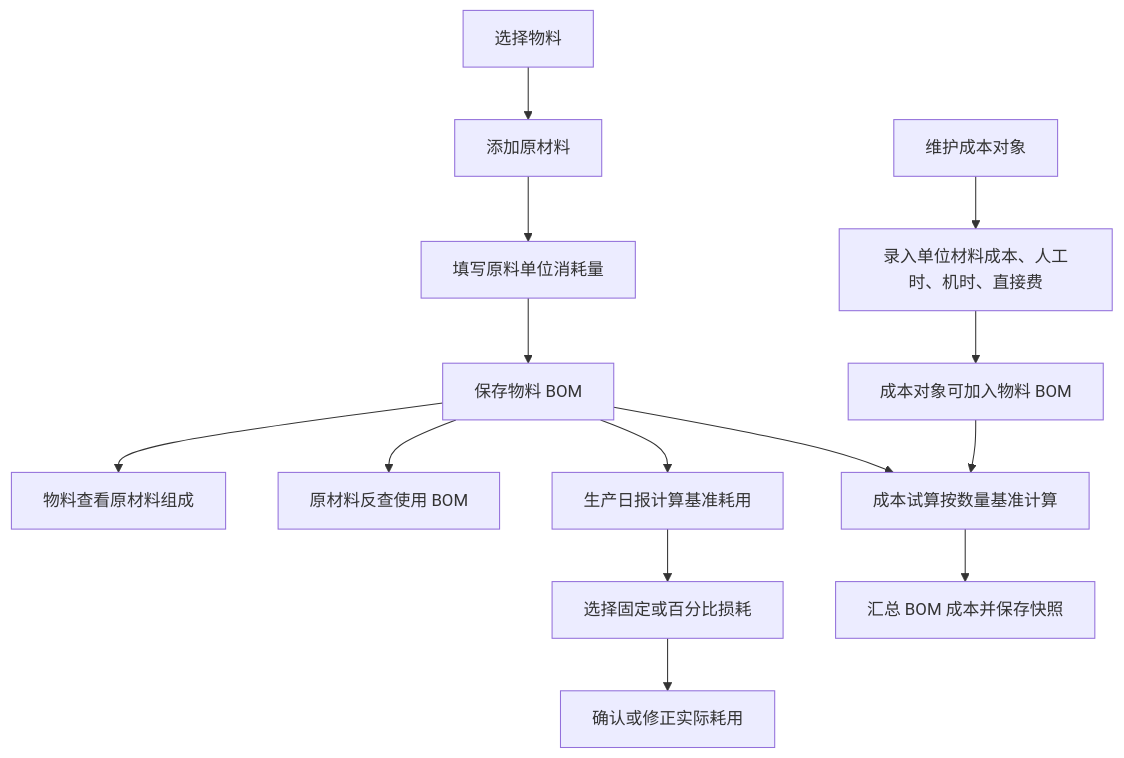
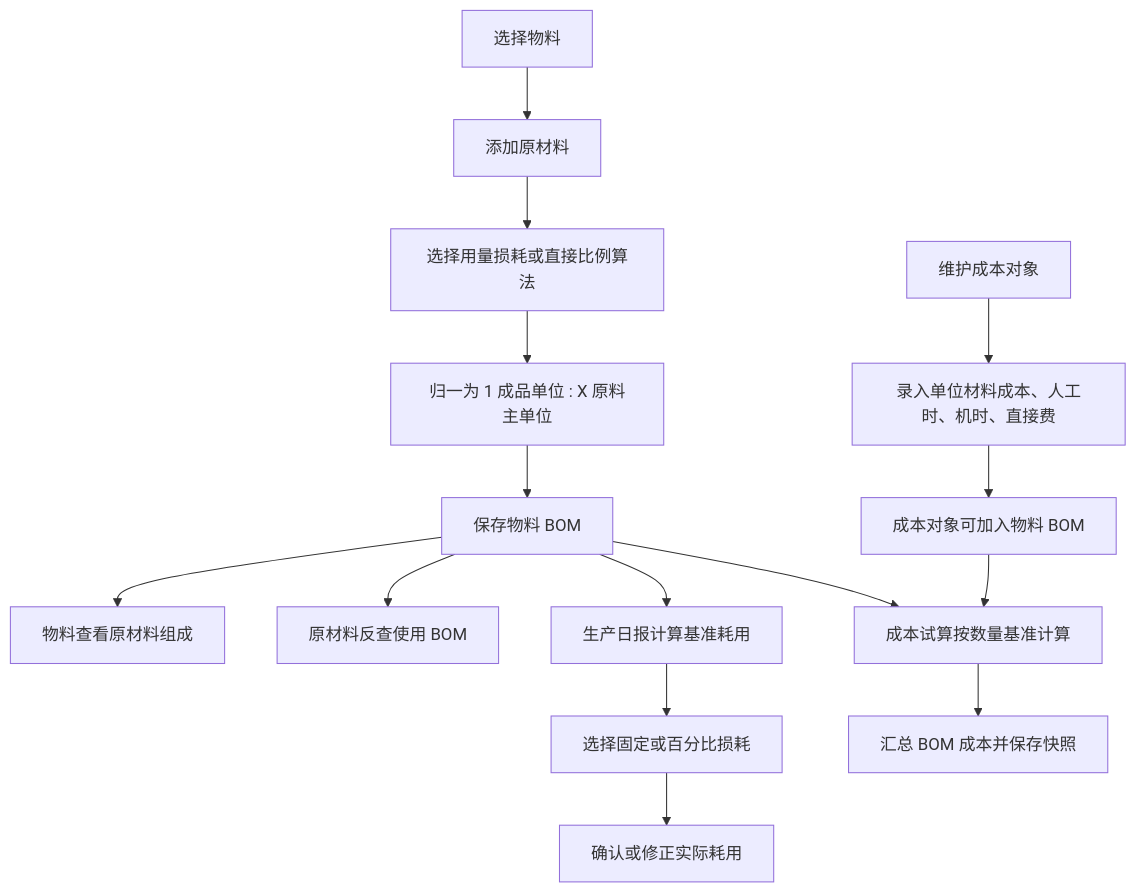
Before and after one commit to goldf2/mes-lite: diagram 11 of 15 in docs/minierp/system-function-flow.md, drawn with Mermaid. The commit also changed other lines of this file and 25 other files, not shown here.

````diff
--- a/docs/minierp/system-function-flow.md
+++ b/docs/minierp/system-function-flow.md
@@ -328,16 +328,17 @@
 ```mermaid
 flowchart TD
   A["选择物料"] --> B["添加原材料"]
-  B --> C["填写原料单位消耗量"]
-  C --> D["保存物料 BOM"]
+  B --> C["选择用量损耗或直接比例算法"]
+  C --> R["归一为 1 成品单位 : X 原料主单位"]
+  R --> D["保存物料 BOM"]
   D --> E["物料查看原材料组成"]
   D --> F["原材料反查使用 BOM"]
   D --> G["成本试算按数量基准计算"]
   D --> P["生产日报计算基准耗用"]
   P --> L["选择固定或百分比损耗"]
   L --> M["确认或修正实际耗用"]
   H["维护成本对象"] --> I["录入单位材料成本、人工时、机时、直接费"]
   I --> J["成本对象可加入物料 BOM"]
   J --> G
   G --> K["汇总 BOM 成本并保存快照"]
 ```
````
